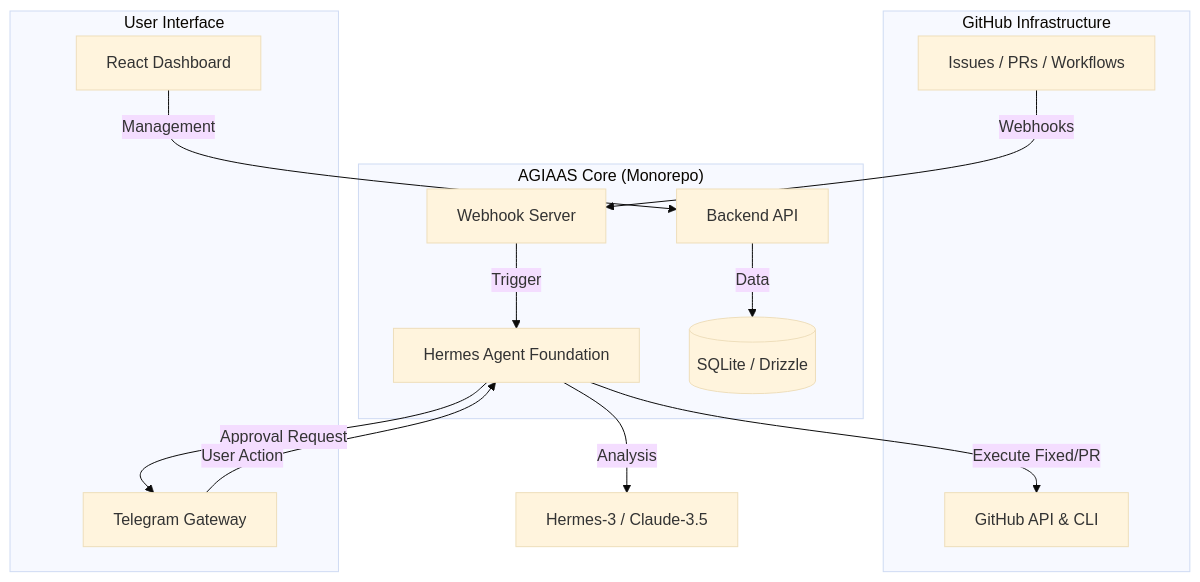
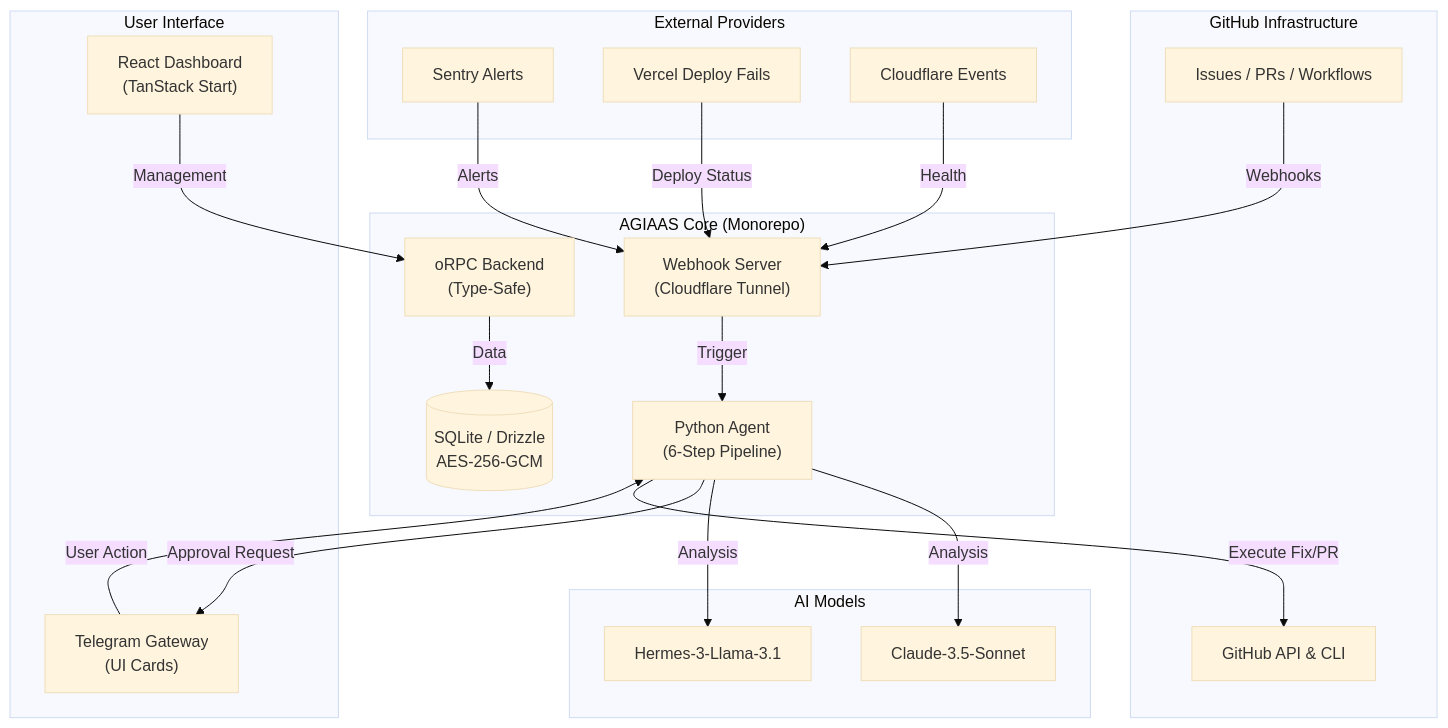
The first of 2 diagrams in apps/docs/content/docs/architecture.mdx (mehmetkr-31/agiaas), drawn with Mermaid (base theme) before and after one commit. The commit also changed other lines of this file and 3 other files, not shown here.

Commit message:
docs: Detail the 6-step agent pipeline, expand external provider integrations, and update the technology stack.

````diff
--- a/apps/docs/content/docs/architecture.mdx
+++ b/apps/docs/content/docs/architecture.mdx
@@ -15,28 +15,43 @@
 ```mermaid
 graph TD
     subgraph GitHub ["GitHub Infrastructure"]
         Events[Issues / PRs / Workflows]
         GH_API[GitHub API & CLI]
     end
 
+    subgraph Providers ["External Providers"]
+        Sentry[Sentry Alerts]
+        Vercel[Vercel Deploy Fails]
+        CF[Cloudflare Events]
+    end
+
     subgraph Core ["AGIAAS Core (Monorepo)"]
-        WS[Webhook Server]
-        Agent[Hermes Agent Foundation]
-        DB[(SQLite / Drizzle)]
-        API[Backend API]
+        WS["Webhook Server\n(Cloudflare Tunnel)"]
+        Agent["Python Agent\n(6-Step Pipeline)"]
+        DB[(SQLite / Drizzle\nAES-256-GCM)]
+        API["oRPC Backend\n(Type-Safe)"]
     end
 
     subgraph Interaction ["User Interface"]
-        Web[React Dashboard]
-        Bot[Telegram Gateway]
+        Web["React Dashboard\n(TanStack Start)"]
+        Bot["Telegram Gateway\n(UI Cards)"]
+    end
+
+    subgraph AI ["AI Models"]
+        Claude[Claude-3.5-Sonnet]
+        Hermes[Hermes-3-Llama-3.1]
     end
 
     Events -- "Webhooks" --> WS
+    Sentry -- "Alerts" --> WS
+    Vercel -- "Deploy Status" --> WS
+    CF -- "Health" --> WS
     WS -- "Trigger" --> Agent
-    Agent -- "Analysis" --> AI[Hermes-3 / Claude-3.5]
+    Agent -- "Analysis" --> Claude
+    Agent -- "Analysis" --> Hermes
     Agent -- "Approval Request" --> Bot
     Bot -- "User Action" --> Agent
-    Agent -- "Execute Fixed/PR" --> GH_API
+    Agent -- "Execute Fix/PR" --> GH_API
     Web -- "Management" --> API
     API -- "Data" --> DB
 ```
````
